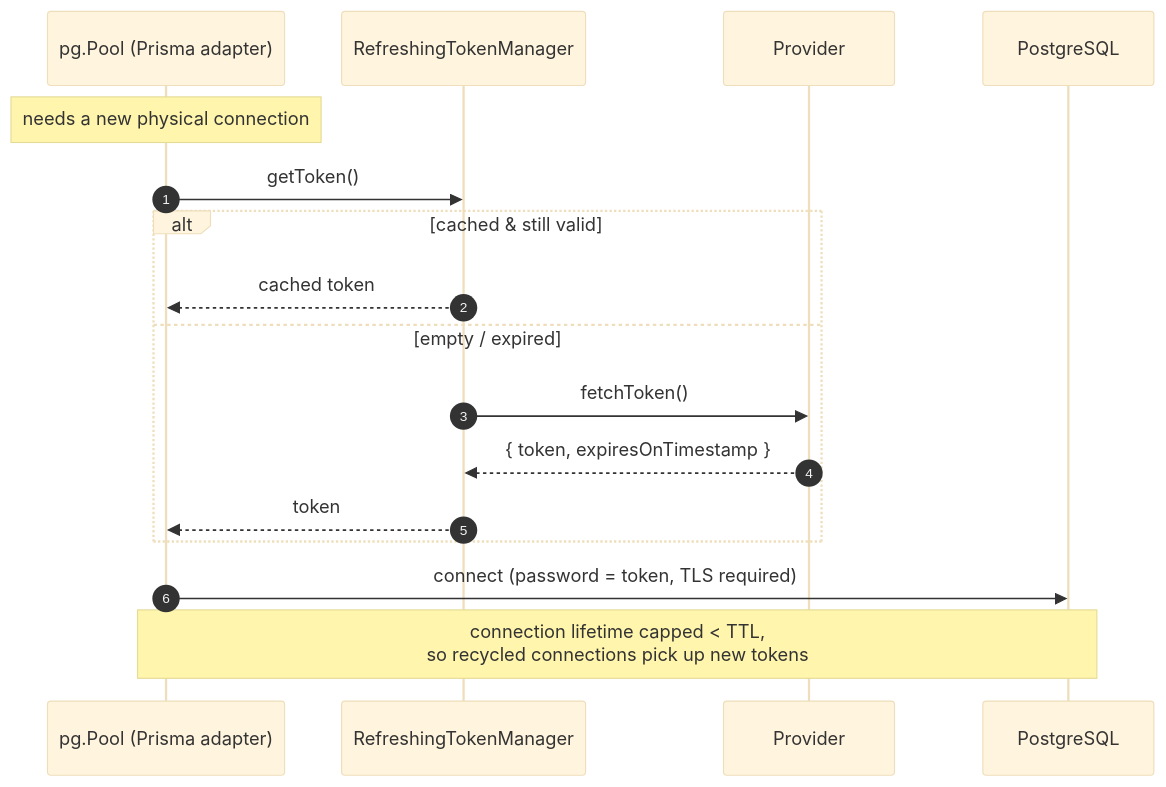
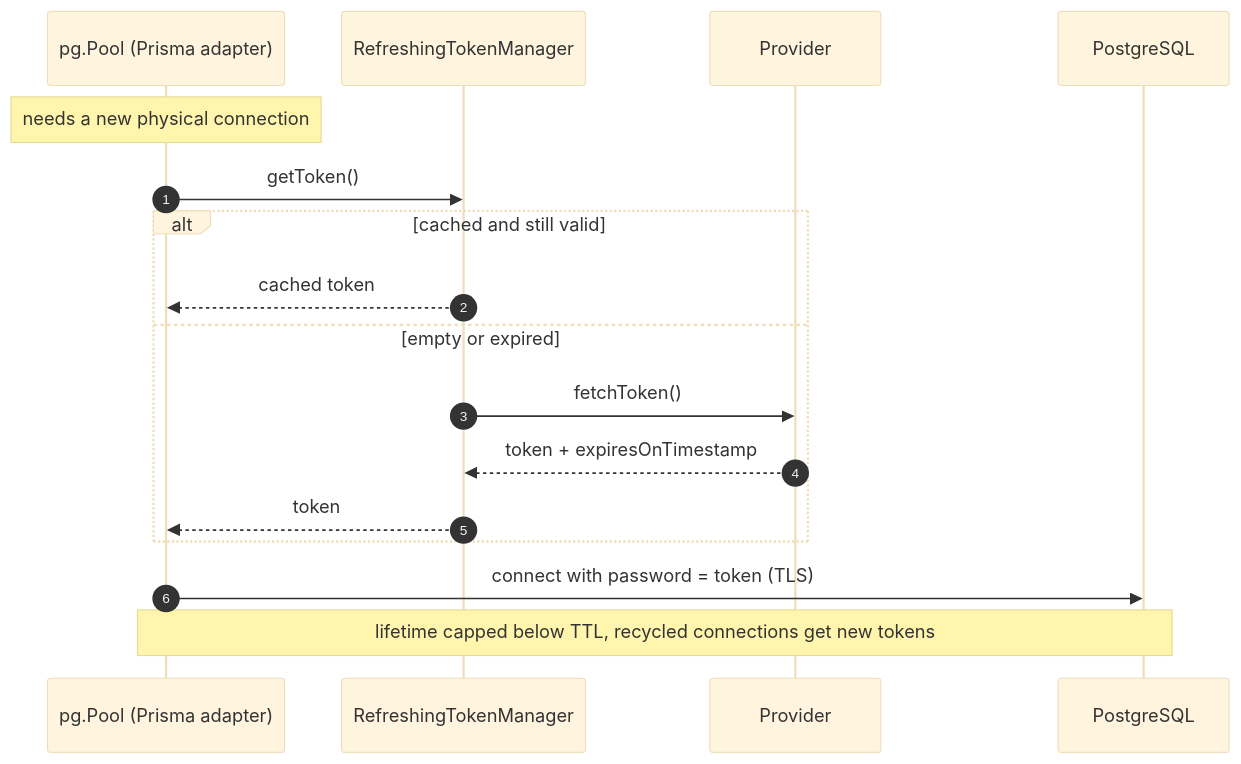
Before and after one commit to langfuse/langfuse: the third of 3 diagrams in packages/shared/src/server/auth/credentials/README.md, drawn with Mermaid (base theme). The commit also changed other lines of this file, not shown here.

Commit message:
docs(redis): fix mermaid rendering and explain static-bypass rationale

````diff
--- a/packages/shared/src/server/auth/credentials/README.md
+++ b/packages/shared/src/server/auth/credentials/README.md
@@ -126,20 +126,19 @@
 ```mermaid
 sequenceDiagram
   autonumber
   participant Pool as pg.Pool (Prisma adapter)
   participant Mgr as RefreshingTokenManager
   participant Prov as Provider
   participant PG as PostgreSQL
-
   Note over Pool: needs a new physical connection
   Pool->>Mgr: getToken()
-  alt cached & still valid
+  alt cached and still valid
     Mgr-->>Pool: cached token
-  else empty / expired
+  else empty or expired
     Mgr->>Prov: fetchToken()
-    Prov-->>Mgr: { token, expiresOnTimestamp }
+    Prov-->>Mgr: token + expiresOnTimestamp
     Mgr-->>Pool: token
   end
-  Pool->>PG: connect (password = token, TLS required)
-  Note over Pool,PG: connection lifetime capped < TTL,<br/>so recycled connections pick up new tokens
+  Pool->>PG: connect with password = token (TLS)
+  Note over Pool,PG: lifetime capped below TTL, recycled connections get new tokens
 ```
````
